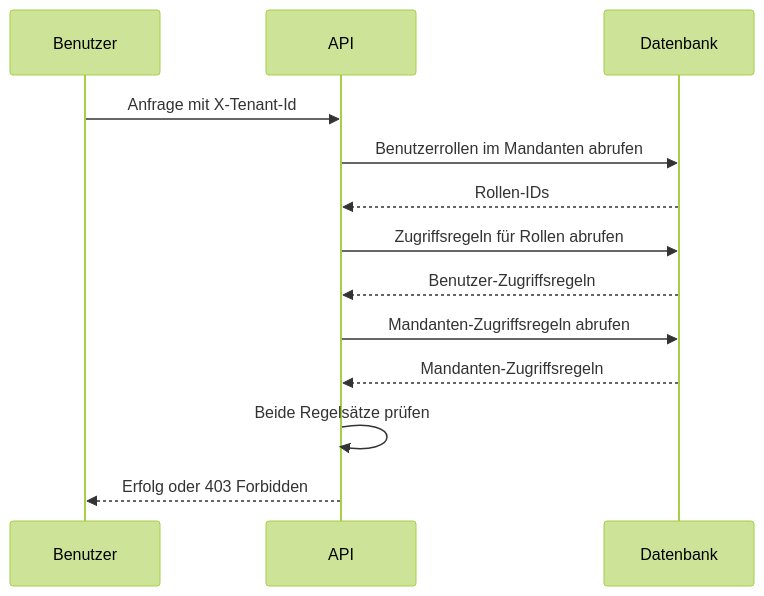
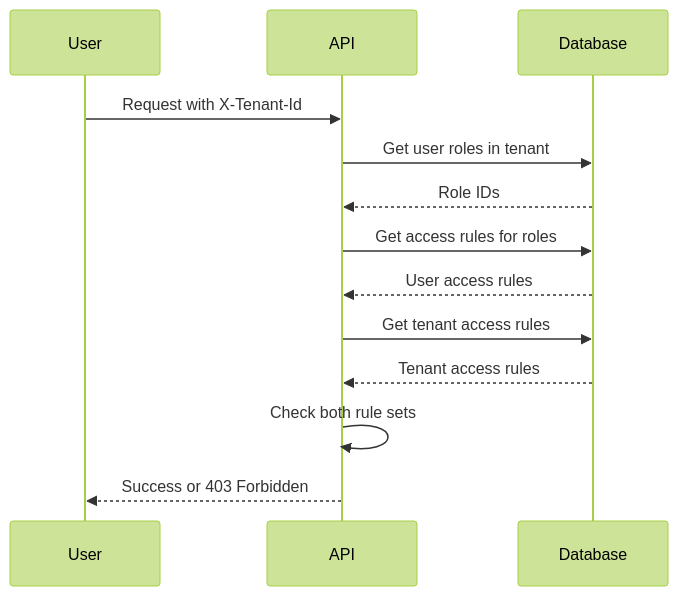
The diagram in docs/docs/2_platform/16_multi_tenancy/4_access_control/index.de.md (bbvch-ai/aihub-core), drawn with Mermaid (forest theme) before and after one commit. The commit also changed other lines of this file and 33 other files, not shown here.

````diff
--- a/docs/docs/2_platform/16_multi_tenancy/4_access_control/index.de.md
+++ b/docs/docs/2_platform/16_multi_tenancy/4_access_control/index.de.md
@@ -55,16 +55,16 @@
 ```mermaid
 sequenceDiagram
-    participant Benutzer
+    participant User
     participant API
-    participant Datenbank
+    participant Database
 
-    Benutzer->>API: Anfrage mit X-Tenant-Id
-    API->>Datenbank: Benutzerrollen im Mandanten abrufen
-    Datenbank-->>API: Rollen-IDs
-    API->>Datenbank: Zugriffsregeln für Rollen abrufen
-    Datenbank-->>API: Benutzer-Zugriffsregeln
-    API->>Datenbank: Mandanten-Zugriffsregeln abrufen
-    Datenbank-->>API: Mandanten-Zugriffsregeln
-    API->>API: Beide Regelsätze prüfen
-    API-->>Benutzer: Erfolg oder 403 Forbidden
+    User->>API: Request with X-Tenant-Id
+    API->>Database: Get user roles in tenant
+    Database-->>API: Role IDs
+    API->>Database: Get access rules for roles
+    Database-->>API: User access rules
+    API->>Database: Get tenant access rules
+    Database-->>API: Tenant access rules
+    API->>API: Check both rule sets
+    API-->>User: Success or 403 Forbidden
 ```
````
